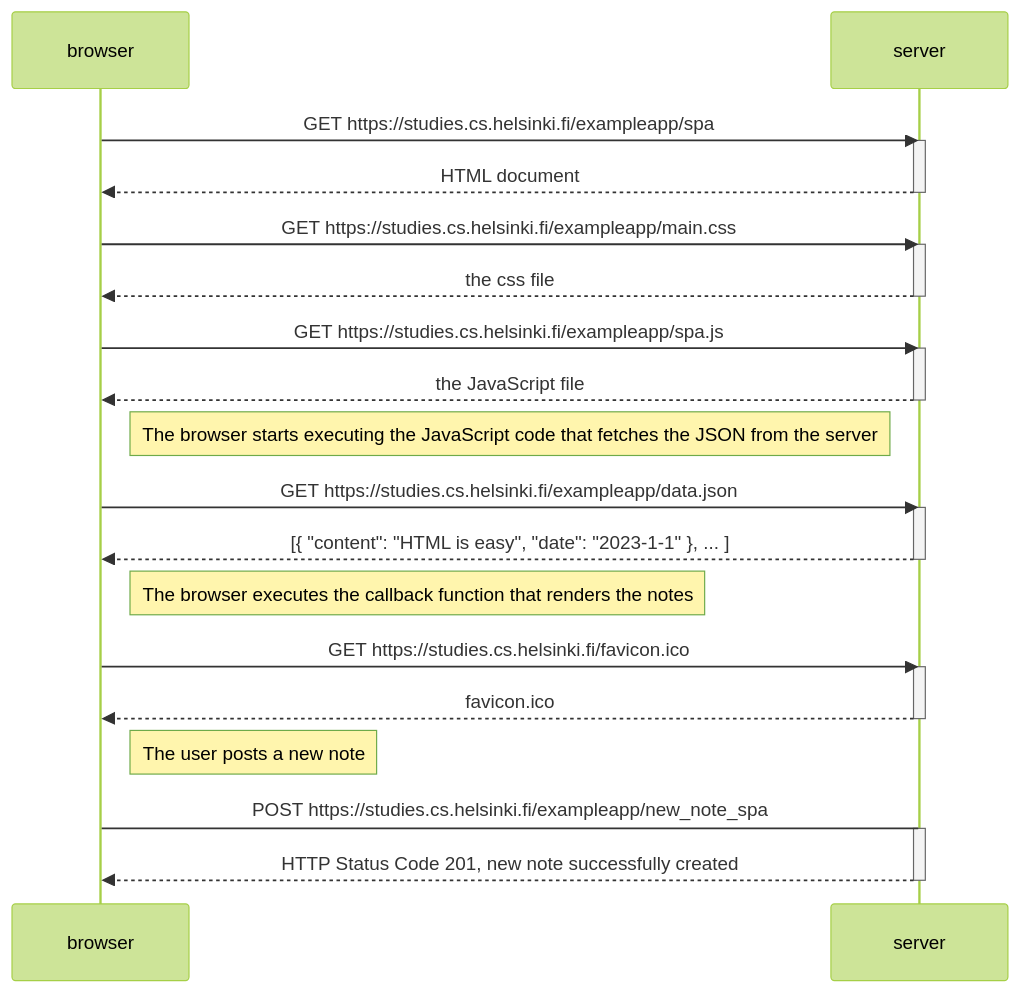
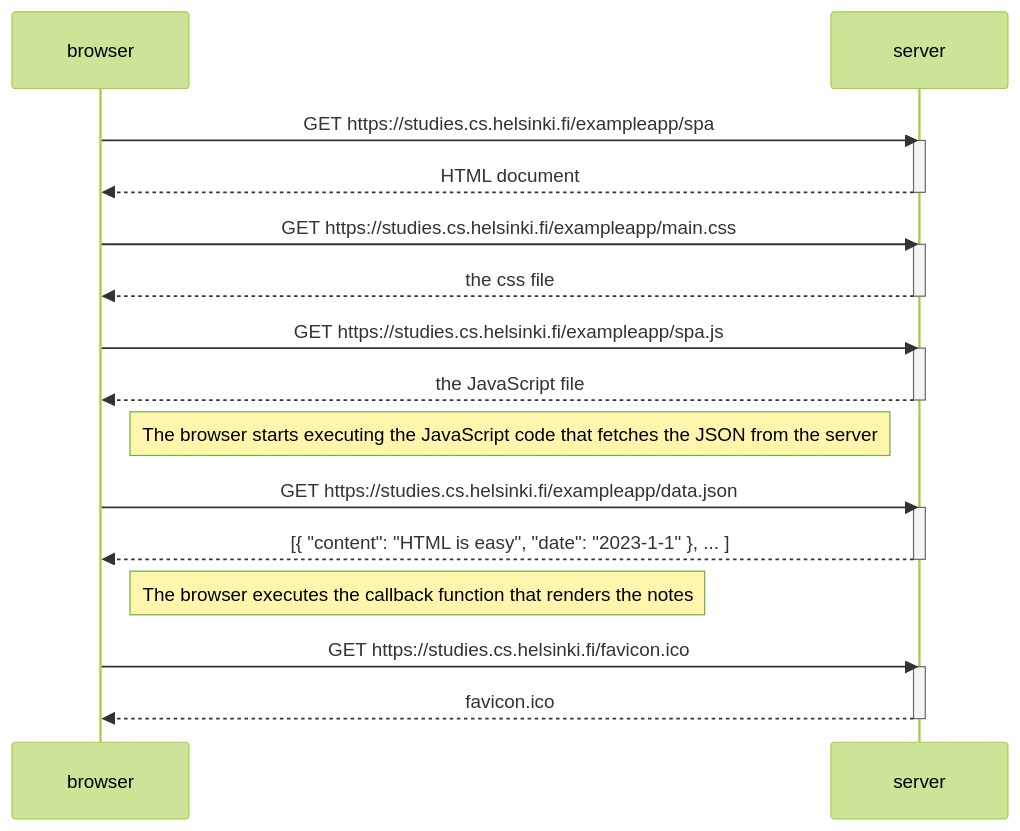
Before and after one commit to jessejixin/fullstackopen: the diagram in part0/0.5: Single page app diagram.md, drawn with Mermaid (forest theme).

Commit message:
exercise 0.5 modified

````diff
--- a/part0/0.5: Single page app diagram.md
+++ b/part0/0.5: Single page app diagram.md
@@ -1,41 +1,34 @@
 ```mermaid
 sequenceDiagram
     participant browser
     participant server
 
     browser->>server: GET https://studies.cs.helsinki.fi/exampleapp/spa
     activate server
     server-->>browser: HTML document
     deactivate server
 
     browser->>server: GET https://studies.cs.helsinki.fi/exampleapp/main.css
     activate server
     server-->>browser: the css file
     deactivate server
 
     browser->>server: GET https://studies.cs.helsinki.fi/exampleapp/spa.js
     activate server
     server-->>browser: the JavaScript file
     deactivate server
 
     Note right of browser: The browser starts executing the JavaScript code that fetches the JSON from the server
 
     browser->>server: GET https://studies.cs.helsinki.fi/exampleapp/data.json
     activate server
     server-->>browser: [{ "content": "HTML is easy", "date": "2023-1-1" }, ... ]
     deactivate server
 
     Note right of browser: The browser executes the callback function that renders the notes
 
     browser->>server: GET https://studies.cs.helsinki.fi/favicon.ico
     activate server
     server-->>browser: favicon.ico
     deactivate server
-
-    Note right of browser: The user posts a new note
-
-    browser->server: POST https://studies.cs.helsinki.fi/exampleapp/new_note_spa
-    activate server
-    server-->>browser: HTTP Status Code 201, new note successfully created
-    deactivate server
 ```
````
